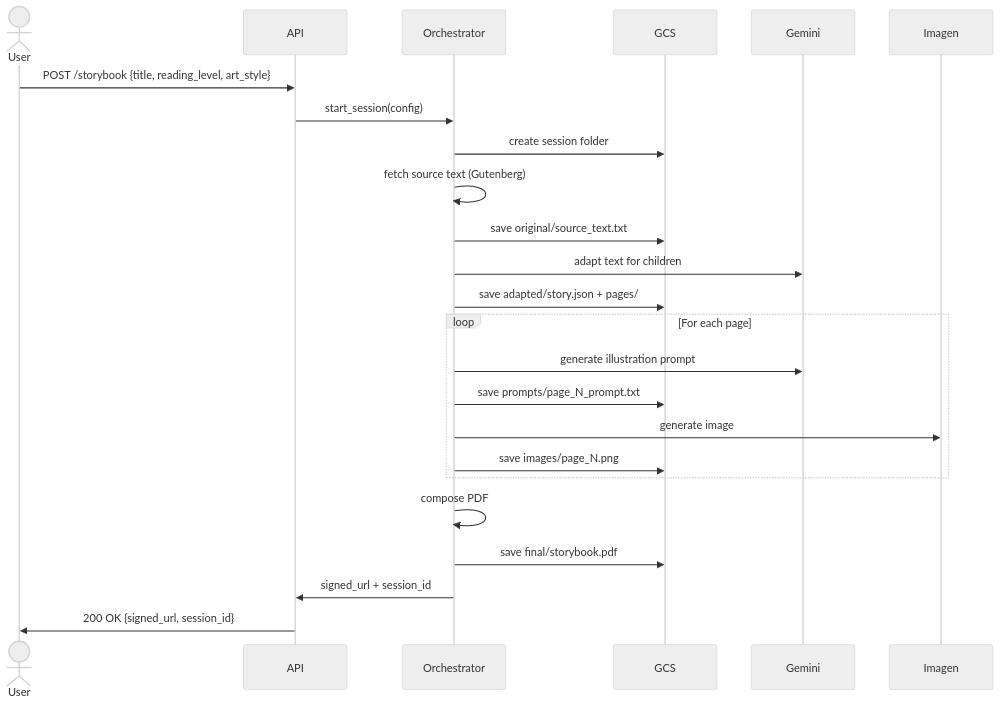
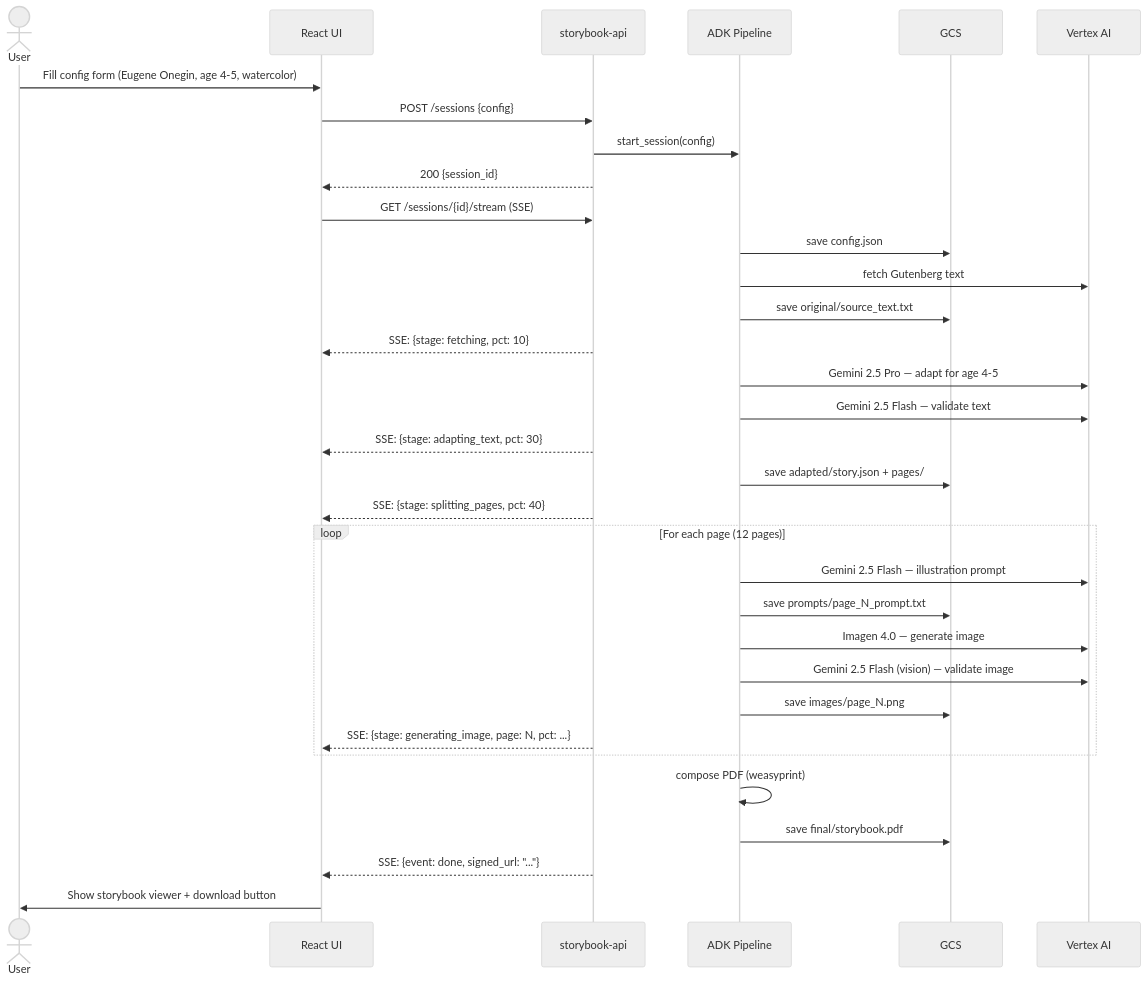
The fourth of 4 diagrams in docs/architecture/architecture.md (arbrown/asp), drawn with Mermaid (neutral theme) before and after one commit. The commit also changed other lines of this file, not shown here.

First line of the commit message:
docs: revise architecture with validation agents, React frontend, updated models

````diff
--- a/docs/architecture/architecture.md
+++ b/docs/architecture/architecture.md
@@ -151,27 +248,41 @@
 ```mermaid
 sequenceDiagram
     actor User
-    participant API
-    participant Orch as Orchestrator
+    participant UI as React UI
+    participant API as storybook-api
+    participant Agent as ADK Pipeline
     participant GCS
-    participant Gemini
-    participant Imagen
+    participant Vertex as Vertex AI
 
-    User->>API: POST /storybook {title, reading_level, art_style}
-    API->>Orch: start_session(config)
-    Orch->>GCS: create session folder
-    Orch->>Orch: fetch source text (Gutenberg)
-    Orch->>GCS: save original/source_text.txt
-    Orch->>Gemini: adapt text for children
-    Orch->>GCS: save adapted/story.json + pages/
-    loop For each page
-        Orch->>Gemini: generate illustration prompt
-        Orch->>GCS: save prompts/page_N_prompt.txt
-        Orch->>Imagen: generate image
-        Orch->>GCS: save images/page_N.png
+    User->>UI: Fill config form (Eugene Onegin, age 4-5, watercolor)
+    UI->>API: POST /sessions {config}
+    API->>Agent: start_session(config)
+    API-->>UI: 200 {session_id}
+    UI->>API: GET /sessions/{id}/stream (SSE)
+
+    Agent->>GCS: save config.json
+    Agent->>Vertex: fetch Gutenberg text
+    Agent->>GCS: save original/source_text.txt
+    API-->>UI: SSE: {stage: fetching, pct: 10}
+
+    Agent->>Vertex: Gemini 2.5 Pro — adapt for age 4-5
+    Agent->>Vertex: Gemini 2.5 Flash — validate text
+    API-->>UI: SSE: {stage: adapting_text, pct: 30}
+
+    Agent->>GCS: save adapted/story.json + pages/
+    API-->>UI: SSE: {stage: splitting_pages, pct: 40}
+
+    loop For each page (12 pages)
+        Agent->>Vertex: Gemini 2.5 Flash — illustration prompt
+        Agent->>GCS: save prompts/page_N_prompt.txt
+        Agent->>Vertex: Imagen 4.0 — generate image
+        Agent->>Vertex: Gemini 2.5 Flash (vision) — validate image
+        Agent->>GCS: save images/page_N.png
+        API-->>UI: SSE: {stage: generating_image, page: N, pct: ...}
     end
-    Orch->>Orch: compose PDF
-    Orch->>GCS: save final/storybook.pdf
-    Orch->>API: signed_url + session_id
-    API->>User: 200 OK {signed_url, session_id}
+
+    Agent->>Agent: compose PDF (weasyprint)
+    Agent->>GCS: save final/storybook.pdf
+    API-->>UI: SSE: {event: done, signed_url: "..."}
+    UI->>User: Show storybook viewer + download button
 ```
````
